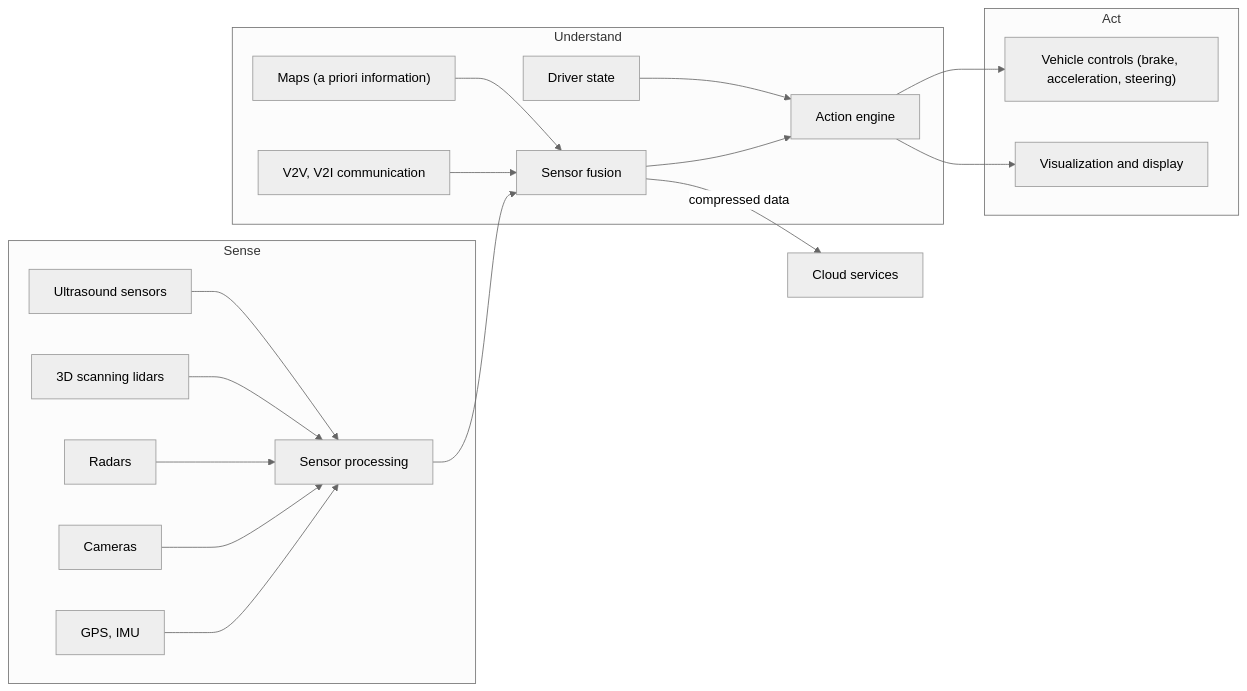
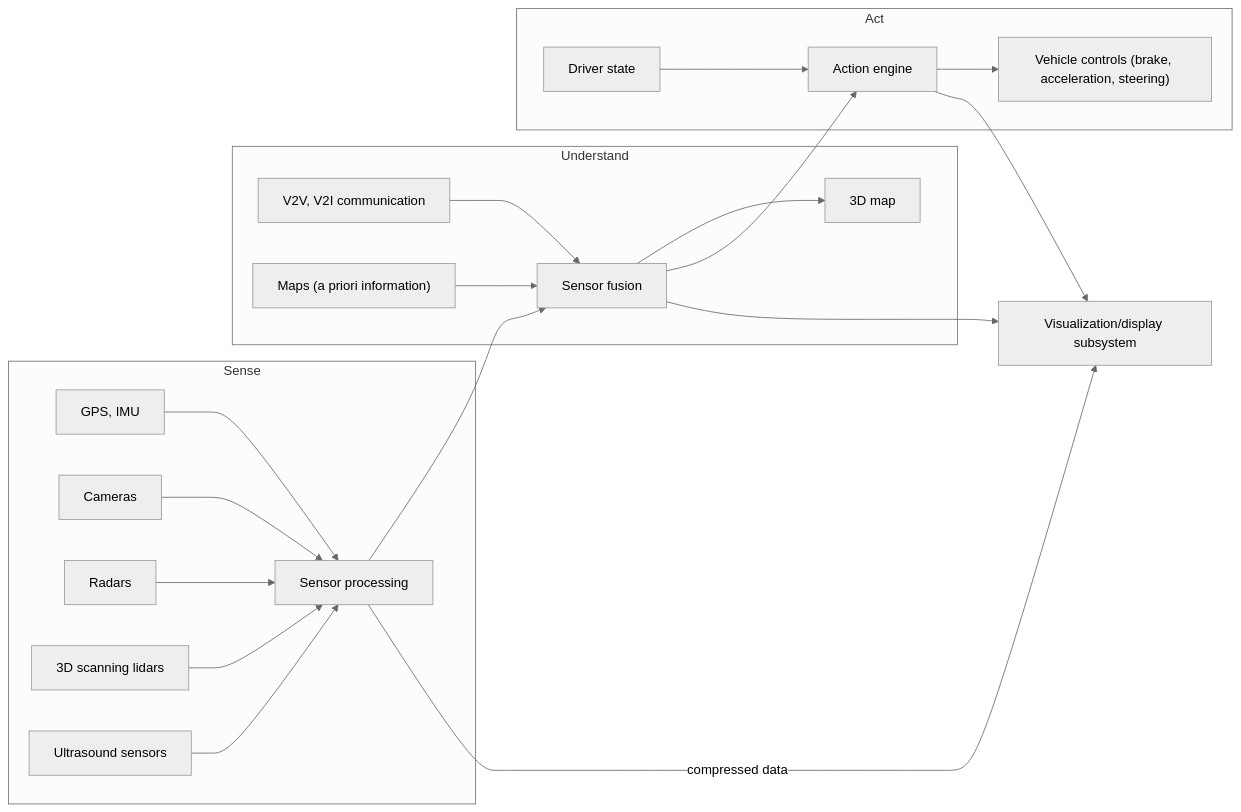
Before and after one commit to Choroning/25Spring_Networking-and-Communication-Systems: the sixth of 6 diagrams in Lecture-Notes/Week14_C-V2X-CALM-and-Regulations/Concepts_Lecture.md, drawn with Mermaid (neutral theme). The commit also changed other lines of this file and 55 other files, not shown here.

````diff
--- a/Lecture-Notes/Week14_C-V2X-CALM-and-Regulations/Concepts_Lecture.md
+++ b/Lecture-Notes/Week14_C-V2X-CALM-and-Regulations/Concepts_Lecture.md
@@ -1320,35 +1320,38 @@
 ```mermaid
 flowchart LR
     subgraph SENSE["Sense"]
         S1["GPS, IMU"]
         S2["Cameras"]
         S3["Radars"]
         S4["3D scanning lidars"]
         S5["Ultrasound sensors"]
         SP["Sensor processing"]
     end
     subgraph UND["Understand"]
-        FUS["Sensor fusion"]
         V2X["V2V, V2I communication"]
         MAP["Maps (a priori information)"]
+        FUS["Sensor fusion"]
+        M3D["3D map"]
+    end
+    subgraph ACT["Act"]
         DS["Driver state"]
         AE["Action engine"]
+        VC["Vehicle controls (brake, acceleration, steering)"]
     end
-    subgraph ACT["Act"]
-        VC["Vehicle controls (brake, acceleration, steering)"]
-        VIS["Visualization and display"]
-    end
+    VIS["Visualization/display subsystem"]
     S1 --> SP
     S2 --> SP
     S3 --> SP
     S4 --> SP
     S5 --> SP
     SP --> FUS
     V2X --> FUS
     MAP --> FUS
+    FUS --> M3D
     FUS --> AE
     DS --> AE
     AE --> VC
+    FUS --> VIS
     AE --> VIS
-    FUS -->|"compressed data"| CLOUD["Cloud services"]
+    SP -->|"compressed data"| VIS
 ```
````
